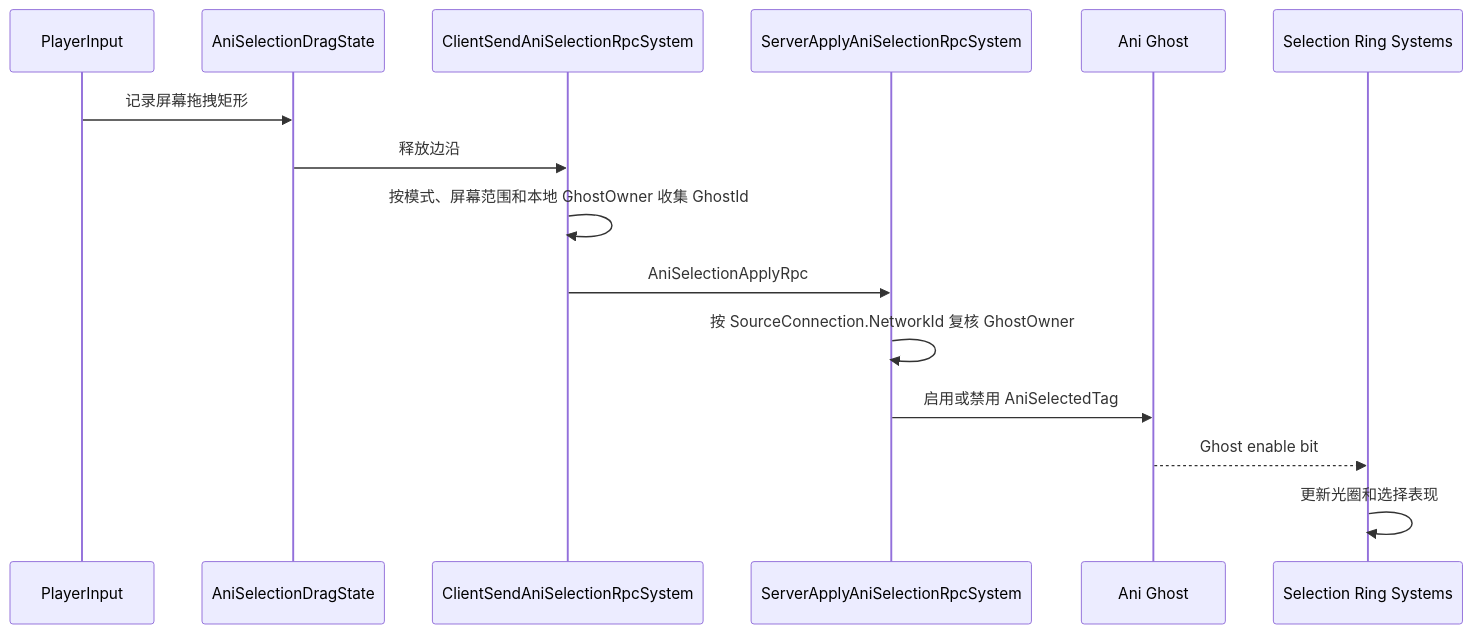
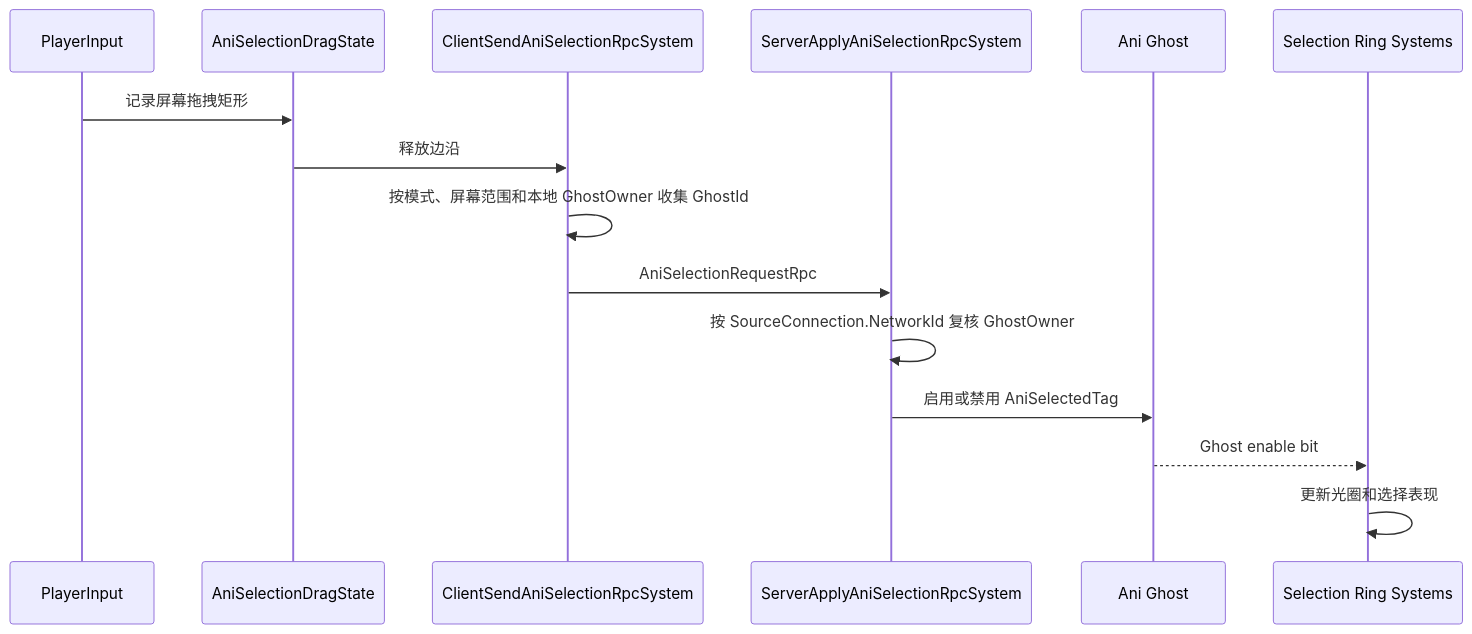
One commit to mcaswen/AnimarsCatcher changed the second of 7 diagrams in docs/Architecture/05_GameplayFlows.md. Above: the diagram before and after it, drawn with Mermaid. The commit also changed other lines of this file and 391 other files, not shown here.

````diff
--- a/docs/Architecture/05_GameplayFlows.md
+++ b/docs/Architecture/05_GameplayFlows.md
@@ -40,18 +40,18 @@
 ```mermaid
 sequenceDiagram
     participant Input as PlayerInput
     participant Drag as AniSelectionDragState
     participant Client as ClientSendAniSelectionRpcSystem
     participant Server as ServerApplyAniSelectionRpcSystem
     participant Ani as Ani Ghost
     participant View as Selection Ring Systems
 
     Input->>Drag: 记录屏幕拖拽矩形
     Drag->>Client: 释放边沿
     Client->>Client: 按模式、屏幕范围和本地 GhostOwner 收集 GhostId
-    Client->>Server: AniSelectionApplyRpc
+    Client->>Server: AniSelectionRequestRpc
     Server->>Server: 按 SourceConnection.NetworkId 复核 GhostOwner
     Server->>Ani: 启用或禁用 AniSelectedTag
     Ani-->>View: Ghost enable bit
     View->>View: 更新光圈和选择表现
 ```
````
